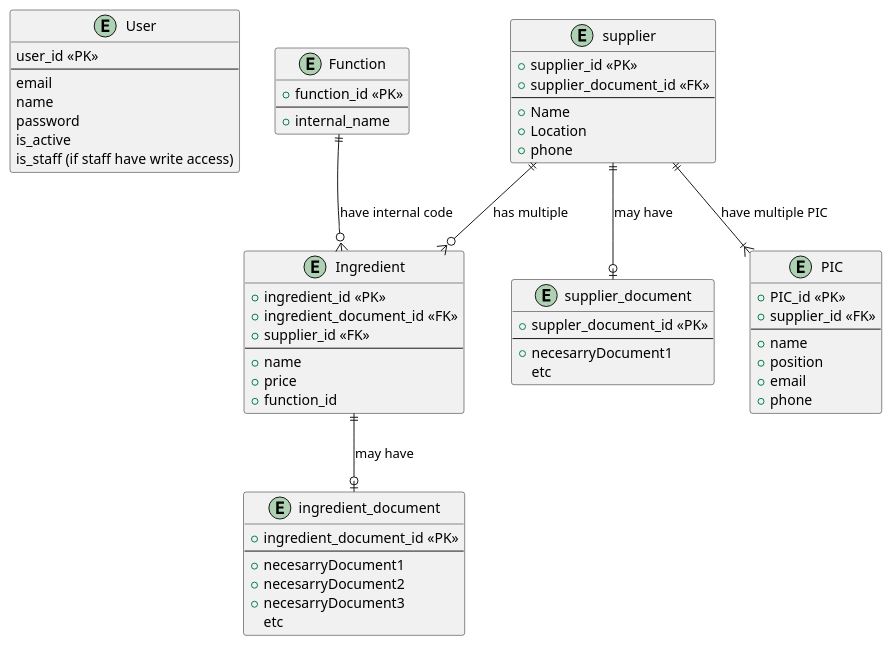
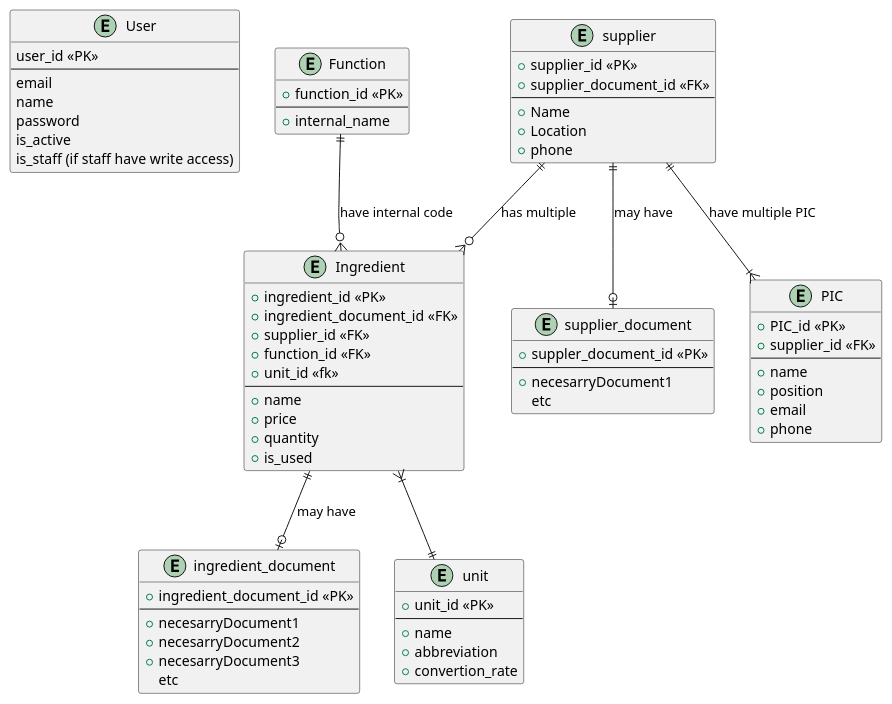
One commit to Revelvol/supplierManagementApi changed the diagram in DatabaseDesign.puml. Above: the diagram before and after it, drawn with PlantUML. The commit also changed 3 other files, not shown here.

```diff
--- a/DatabaseDesign.puml
+++ b/DatabaseDesign.puml
@@ -1,77 +1,88 @@
 @startuml
 
 entity User {
    user_id <<PK>>
    --
    email
    name
    password
    is_active
    is_staff (if staff have write access)
 }
 
 entity Ingredient {
   +ingredient_id <<PK>>
 +ingredient_document_id <<FK>>
   +supplier_id <<FK>>
+  +function_id <<FK>>
+  +unit_id <<fk>>
   --
   +name
   +price
-  +function_id
+  +quantity
+  +is_used
 }
 
 entity Function {
   +function_id <<PK>>
   --
   +internal_name
 }
 
 entity ingredient_document {
   +ingredient_document_id <<PK>>
   --
   +necesarryDocument1
   +necesarryDocument2
   +necesarryDocument3
   etc
 }
 
+entity unit {
++ unit_id <<PK>>
+--
++name
++abbreviation
++convertion_rate
+}
 entity supplier {
   +supplier_id <<PK>>
   +supplier_document_id <<FK>>
   --
   +Name
   +Location
   +phone
 }
 
 entity supplier_document {
   +suppler_document_id <<PK>>
   --
   +necesarryDocument1
   etc
 }
 
 entity PIC{
   +PIC_id <<PK>>
   +supplier_id <<FK>>
   --
   +name
   +position
   +email
   +phone
 }
 
 
 
 supplier ||--o{ Ingredient : has multiple
 
 supplier ||--o| supplier_document : may have
 
 Function ||--o{ Ingredient : have internal code
 
 Ingredient ||--o| ingredient_document : may have
 
 supplier ||--|{ PIC : have multiple PIC
 
+Ingredient }|--|| unit
 
 @enduml
```
